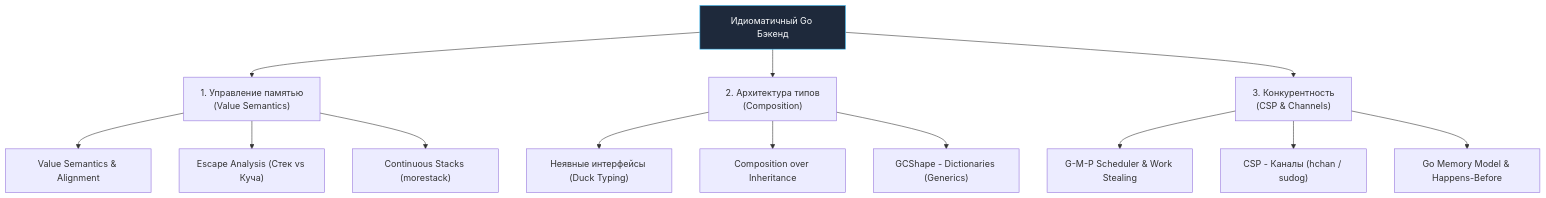
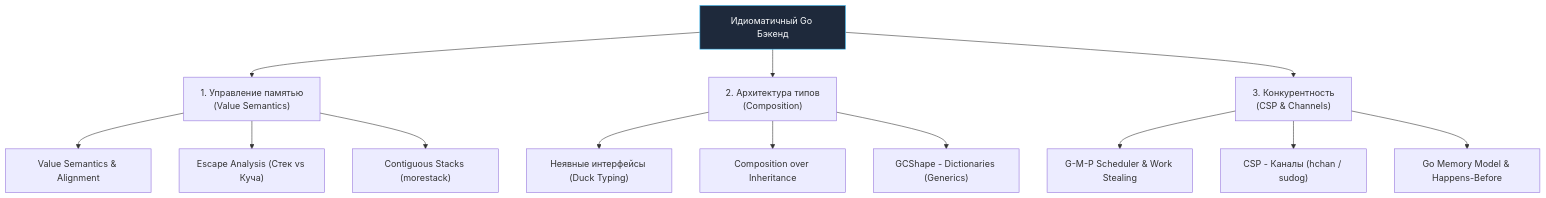
Before and after one commit to UnrealTemplier/go-textbook-ru: the diagram in sources/5. Учебник по Go (Основы и синтаксис)/44. Итоги раздела. Что нужно знать перед переходом к Deep Go.md, drawn with Mermaid. The commit also changed other lines of this file and 43 other files, not shown here.

````diff
--- a/sources/5. Учебник по Go (Основы и синтаксис)/44. Итоги раздела. Что нужно знать перед переходом к Deep Go.md
+++ b/sources/5. Учебник по Go (Основы и синтаксис)/44. Итоги раздела. Что нужно знать перед переходом к Deep Go.md
@@ -18,28 +18,28 @@
 ```mermaid
 flowchart TD
     classDef process  fill:#1e293b,stroke:#38bdf8,stroke-width:1px,color:#f8fafc
     classDef success  fill:#064e3b,stroke:#34d399,stroke-width:1px,color:#f8fafc
     classDef error    fill:#7f1d1d,stroke:#f87171,stroke-width:1px,color:#f8fafc
     classDef warning  fill:#78350f,stroke:#fbbf24,stroke-width:1px,color:#f8fafc
     classDef entry    fill:#1e3a5f,stroke:#38bdf8,stroke-width:2px,color:#f8fafc
     classDef aux      fill:#334155,stroke:#64748b,stroke-width:1px,color:#f8fafc
     classDef system   fill:#312e81,stroke:#a78bfa,stroke-width:1px,color:#f8fafc
     classDef data     fill:#132d29,stroke:#2dd4bf,stroke-width:1px,color:#f8fafc
     classDef network  fill:#881337,stroke:#fb7185,stroke-width:1px,color:#f8fafc
     classDef accent   fill:#1e1b4b,stroke:#818cf8,stroke-width:1px,color:#f8fafc
     Go["Идиоматичный Go Бэкенд"]:::process --> Mem["1. Управление памятью<br>(Value Semantics)"]
     Go --> Arch["2. Архитектура типов<br>(Composition)"]
     Go --> Conc["3. Конкурентность<br>(CSP & Channels)"]
 
     Mem --> M1["Value Semantics & Alignment"]
     Mem --> M2["Escape Analysis (Стек vs Куча)"]
-    Mem --> M3["Continuous Stacks (morestack)"]
+    Mem --> M3["Contiguous Stacks (morestack)"]
 
     Arch --> A1["Неявные интерфейсы (Duck Typing)"]
     Arch --> A2["Composition over Inheritance"]
     Arch --> A3["GCShape - Dictionaries (Generics)"]
 
     Conc --> C1["G-M-P Scheduler & Work Stealing"]
     Conc --> C2["CSP - Каналы (hchan / sudog)"]
     Conc --> C3["Go Memory Model & Happens-Before"]
 ```
````
